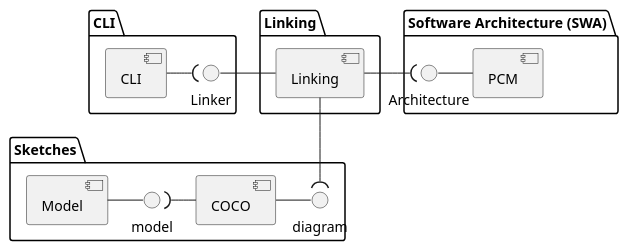
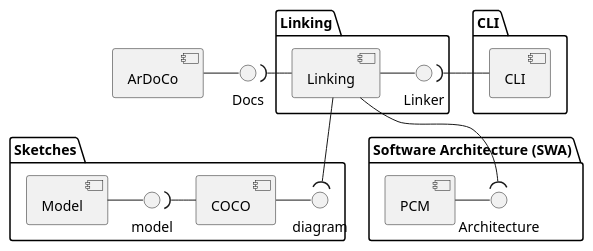
Before and after one commit to LiSSA-Approach/LiSSA-Experiments: the diagram in docs/index.rst, drawn with PlantUML.

Commit message:
Update to current idea of implementation

```diff
--- a/docs/index.rst
+++ b/docs/index.rst
@@ -17,34 +17,39 @@
 .. uml::
    :caption: The Architecture of LiSSA
 
     package "CLI" {
         component [CLI] as cli
-        interface Linker as ilink
-        cli -right-( ilink
     }
 
     package "Sketches" {
         [Model] as smodel
         [COCO] as coco
 
         interface model as imodel
         interface diagram as idiagram
 
         coco -right- idiagram
         coco -left-( imodel
         smodel -right- imodel
     }
 
     package "Software Architecture (SWA)" {
         [PCM] as pcm
         interface Architecture as iarch
-        pcm -left- iarch
+        pcm -right- iarch
     }
+
+    [ArDoCo] as ardoco
+    interface Docs as docu
+    ardoco -right- docu
 
     package "Linking" {
         [Linking] as linking
+        interface Linker as ilink
+        cli -left-( ilink
 
         linking -right- ilink
-        linking -right-( iarch
+        linking -down-( iarch
         linking -down-( idiagram
+        linking -left-( docu
     }
```
